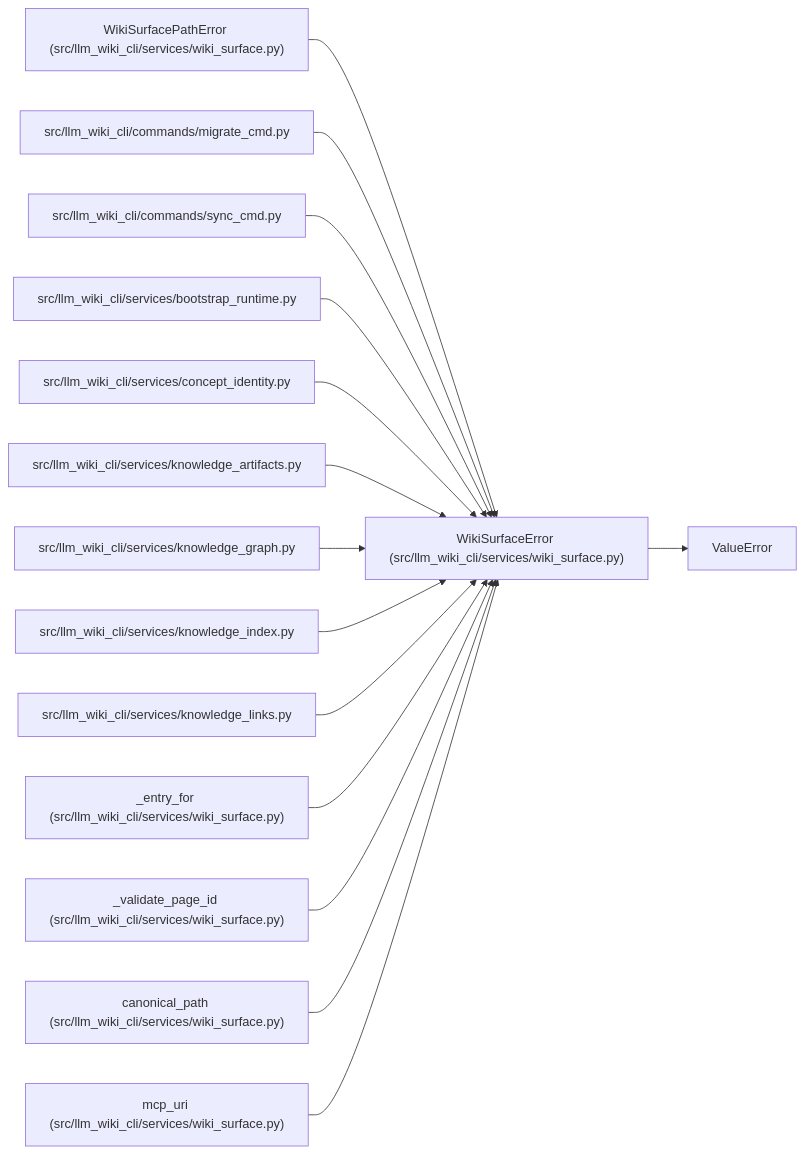
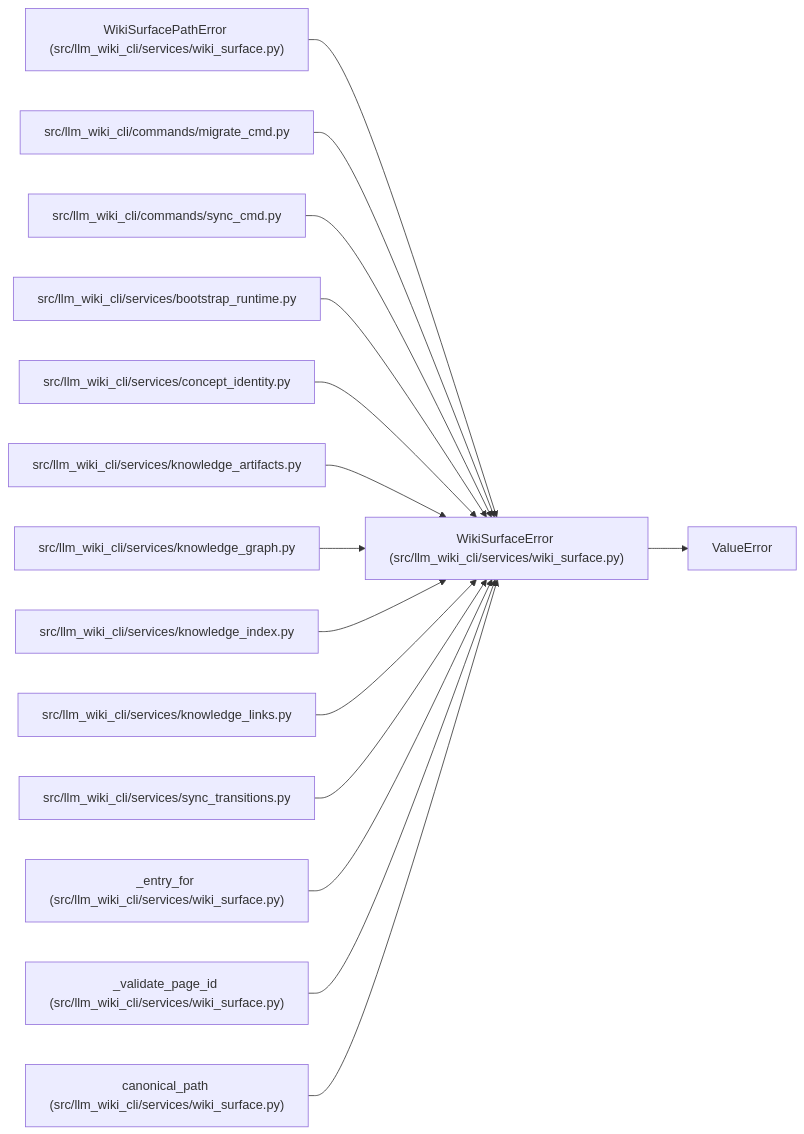
Before and after one commit to Denissvgn/python-wiki-llm: the diagram in docs/llm_wiki/entities/WikiSurfaceError.md, drawn with Mermaid. The commit also changed other lines of this file and 490 other files, not shown here.

First line of the commit message:
Prepare v2.3.2: preserve sync page ownership and repair missing pages (#42)

````diff
--- a/docs/llm_wiki/entities/WikiSurfaceError.md
+++ b/docs/llm_wiki/entities/WikiSurfaceError.md
@@ -23,46 +23,46 @@
 ```mermaid
 flowchart LR
     n0["WikiSurfaceError (src/llm_wiki_cli/services/wiki_surface.py)"]
     n1["ValueError"]
     n2["WikiSurfacePathError (src/llm_wiki_cli/services/wiki_surface.py)"]
     n3["src/llm_wiki_cli/commands/migrate_cmd.py"]
     n4["src/llm_wiki_cli/commands/sync_cmd.py"]
     n5["src/llm_wiki_cli/services/bootstrap_runtime.py"]
     n6["src/llm_wiki_cli/services/concept_identity.py"]
     n7["src/llm_wiki_cli/services/knowledge_artifacts.py"]
     n8["src/llm_wiki_cli/services/knowledge_graph.py"]
     n9["src/llm_wiki_cli/services/knowledge_index.py"]
     n10["src/llm_wiki_cli/services/knowledge_links.py"]
-    n11["_entry_for (src/llm_wiki_cli/services/wiki_surface.py)"]
-    n12["_validate_page_id (src/llm_wiki_cli/services/wiki_surface.py)"]
-    n13["canonical_path (src/llm_wiki_cli/services/wiki_surface.py)"]
-    n14["mcp_uri (src/llm_wiki_cli/services/wiki_surface.py)"]
+    n11["src/llm_wiki_cli/services/sync_transitions.py"]
+    n12["_entry_for (src/llm_wiki_cli/services/wiki_surface.py)"]
+    n13["_validate_page_id (src/llm_wiki_cli/services/wiki_surface.py)"]
+    n14["canonical_path (src/llm_wiki_cli/services/wiki_surface.py)"]
     n0 --> n1
     n2 --> n0
     n3 --> n0
     n4 --> n0
     n5 --> n0
     n6 --> n0
     n7 --> n0
     n8 --> n0
     n9 --> n0
     n10 --> n0
     n11 --> n0
     n12 --> n0
     n13 --> n0
     n14 --> n0
     click n0 "../modules/wiki_surface.md"
     click n2 "../modules/wiki_surface.md"
     click n3 "../modules/migrate_cmd.md"
     click n4 "../modules/sync_cmd.md"
     click n5 "../modules/bootstrap_runtime.md"
     click n6 "../modules/concept_identity.md"
     click n7 "../modules/knowledge_artifacts.md"
     click n8 "../modules/knowledge_graph.md"
     click n9 "../modules/knowledge_index.md"
     click n10 "../modules/knowledge_links.md"
-    click n11 "../modules/wiki_surface.md"
+    click n11 "../modules/sync_transitions.md"
     click n12 "../modules/wiki_surface.md"
     click n13 "../modules/wiki_surface.md"
     click n14 "../modules/wiki_surface.md"
 ```
````
